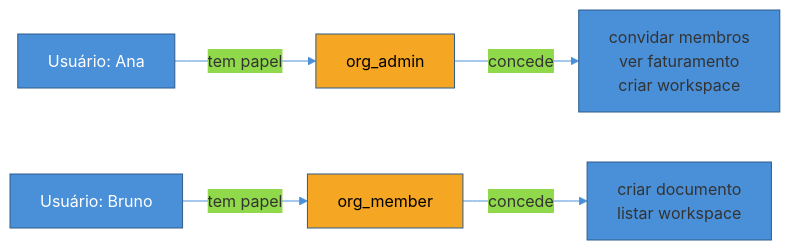
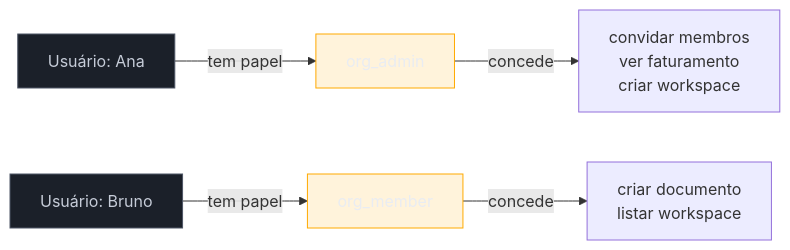
One commit to josenaldo/codex-technomanticus changed the first of 5 diagrams in 03-Dominios/Engenharia/Auth e Identidade/3 - Autorização e multi-tenancy/01 - RBAC, ABAC e ReBAC — os três modelos.md. Above: the diagram before and after it, drawn with Mermaid. The commit also changed other lines of this file and 1181 other files, not shown here.

First line of the commit message:
fix(diagramas): paleta do sistema no lugar de cor cravada no markdown

````diff
--- a/03-Dominios/Engenharia/Auth e Identidade/3 - Autorização e multi-tenancy/01 - RBAC, ABAC e ReBAC — os três modelos.md
+++ b/03-Dominios/Engenharia/Auth e Identidade/3 - Autorização e multi-tenancy/01 - RBAC, ABAC e ReBAC — os três modelos.md
@@ -50,13 +50,14 @@
 ```mermaid
-%%{init: {"theme": "base", "themeVariables": {"primaryColor": "#4A90D9", "primaryBorderColor": "#2E5C8A", "lineColor": "#4A90D9"}}}%%
 graph LR
+    classDef neutro fill:#1B2029,stroke:#4E5666,color:#C6CCD8
+    classDef destaque fill:#FFAA0024,stroke:#FFAA00,color:#E9ECF2
     U1["Usuário: Ana"] -->|"tem papel"| R1["org_admin"]
     U2["Usuário: Bruno"] -->|"tem papel"| R2["org_member"]
     R1 -->|"concede"| P1["convidar membros<br/>ver faturamento<br/>criar workspace"]
     R2 -->|"concede"| P2["criar documento<br/>listar workspace"]
 
-    style U1 fill:#4A90D9,color:#fff
-    style U2 fill:#4A90D9,color:#fff
-    style R1 fill:#F5A623,color:#000
-    style R2 fill:#F5A623,color:#000
+    class U1 neutro
+    class U2 neutro
+    class R1 destaque
+    class R2 destaque
 ```
````
